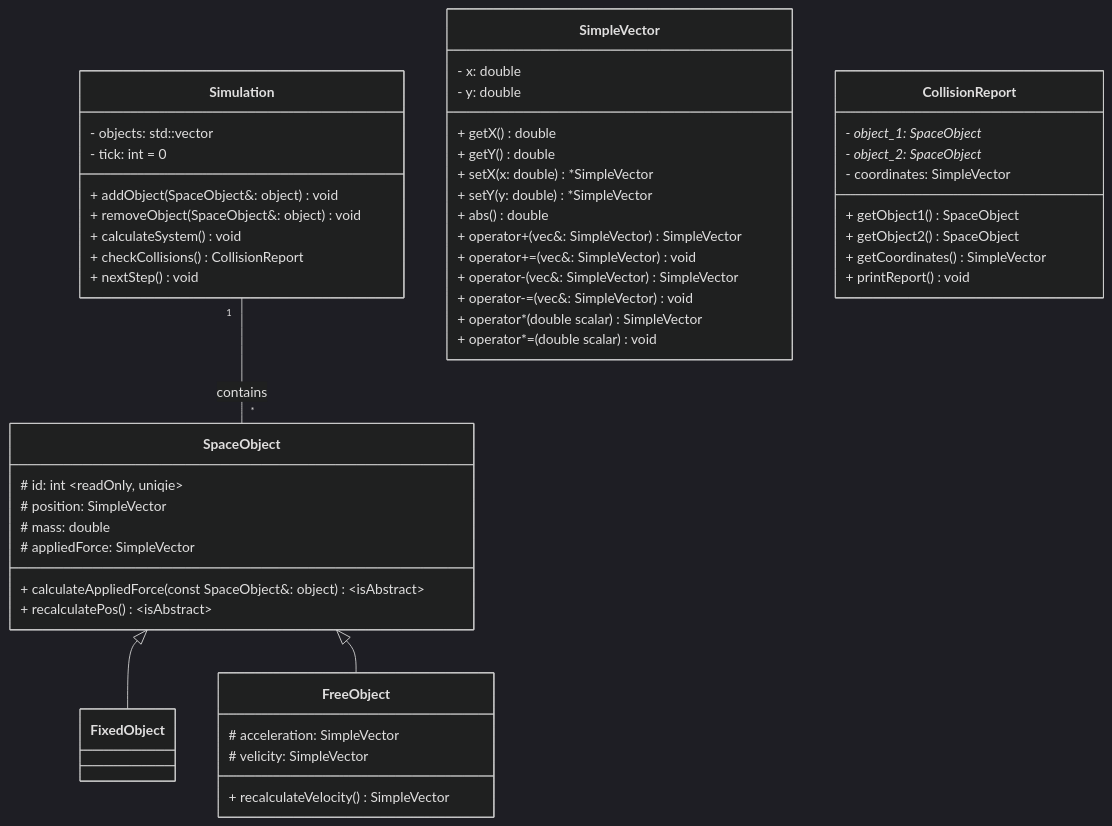
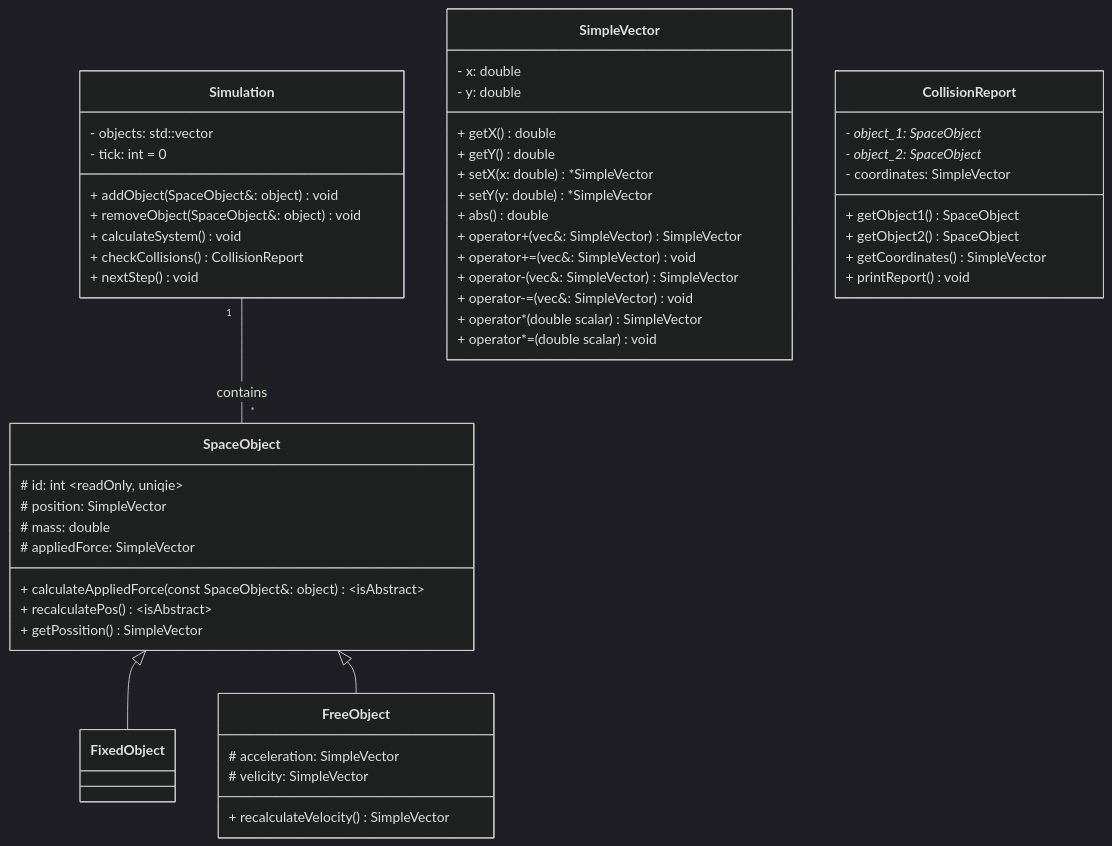
One commit to kotenko-o/simple-orbit-simulator changed the diagram in docs/classDiagram.mmd. Above: the diagram before and after it, drawn with Mermaid (dark theme). The commit also changed 1 other file, not shown here.

Commit message:
feat: add getPossition method

```diff
--- a/docs/classDiagram.mmd
+++ b/docs/classDiagram.mmd
@@ -1,60 +1,61 @@
 classDiagram
 
     SpaceObject <|-- FixedObject
     SpaceObject <|-- FreeObject
     Simulation "1" -- "*" SpaceObject : contains
     
     class Simulation {
         - objects: std::vector<SpaceObject*>
         - tick: int = 0
         + addObject(SpaceObject&: object) void
         + removeObject(SpaceObject&: object) void
         + calculateSystem() void
         + checkCollisions() CollisionReport
         + nextStep() void
     }
 
     class SpaceObject {
         # id: int ~readOnly, uniqie~
         # position: SimpleVector
         # mass: double
         # appliedForce: SimpleVector
         + calculateAppliedForce(const SpaceObject&: object) ~isAbstract~
         + recalculatePos() ~isAbstract~
+        + getPossition() SimpleVector
     }
 
     class FixedObject {
         
     }
 
     class FreeObject {
         # acceleration: SimpleVector
         # velicity: SimpleVector
         + recalculateVelocity() SimpleVector
     }
 
     class SimpleVector {
         - x: double
         - y: double
         + getX() double
         + getY() double
         + setX(x: double) *SimpleVector
         + setY(y: double) *SimpleVector
         + abs() double
         + operator+(vec&: SimpleVector) SimpleVector
         + operator+=(vec&: SimpleVector) void
         + operator-(vec&: SimpleVector) SimpleVector
         + operator-=(vec&: SimpleVector) void
         + operator*(double scalar) SimpleVector
         + operator*=(double scalar) void
     }
 
     class CollisionReport {
         - object_1: SpaceObject*
         - object_2: SpaceObject*
         - coordinates: SimpleVector
         + getObject1() SpaceObject
         + getObject2() SpaceObject
         + getCoordinates() SimpleVector
         + printReport() void
     }
```
